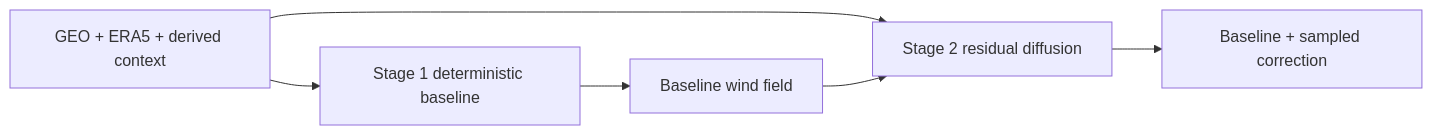
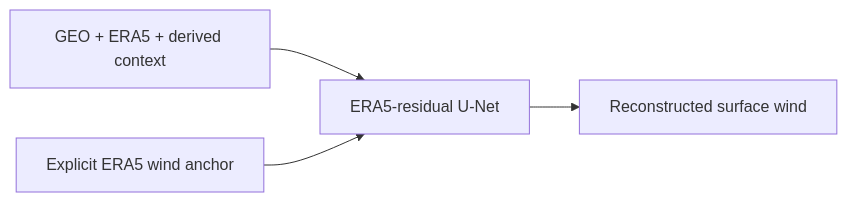
Before and after one commit to simon-donike/geo2wf: the diagram in docs/models/index.md, drawn with Mermaid. The commit also changed other lines of this file and 46 other files, not shown here.

````diff
--- a/docs/models/index.md
+++ b/docs/models/index.md
@@ -21,8 +16,6 @@
 ```mermaid
 flowchart LR
-  C[GEO + ERA5 + derived context] --> S1[Stage 1 deterministic baseline]
-  S1 --> B[Baseline wind field]
-  C --> S2[Stage 2 residual diffusion]
-  B --> S2
-  S2 --> O[Baseline + sampled correction]
+  C[GEO + ERA5 + derived context] --> U[ERA5-residual U-Net]
+  E[Explicit ERA5 wind anchor] --> U
+  U --> O[Reconstructed surface wind]
 ```
````
